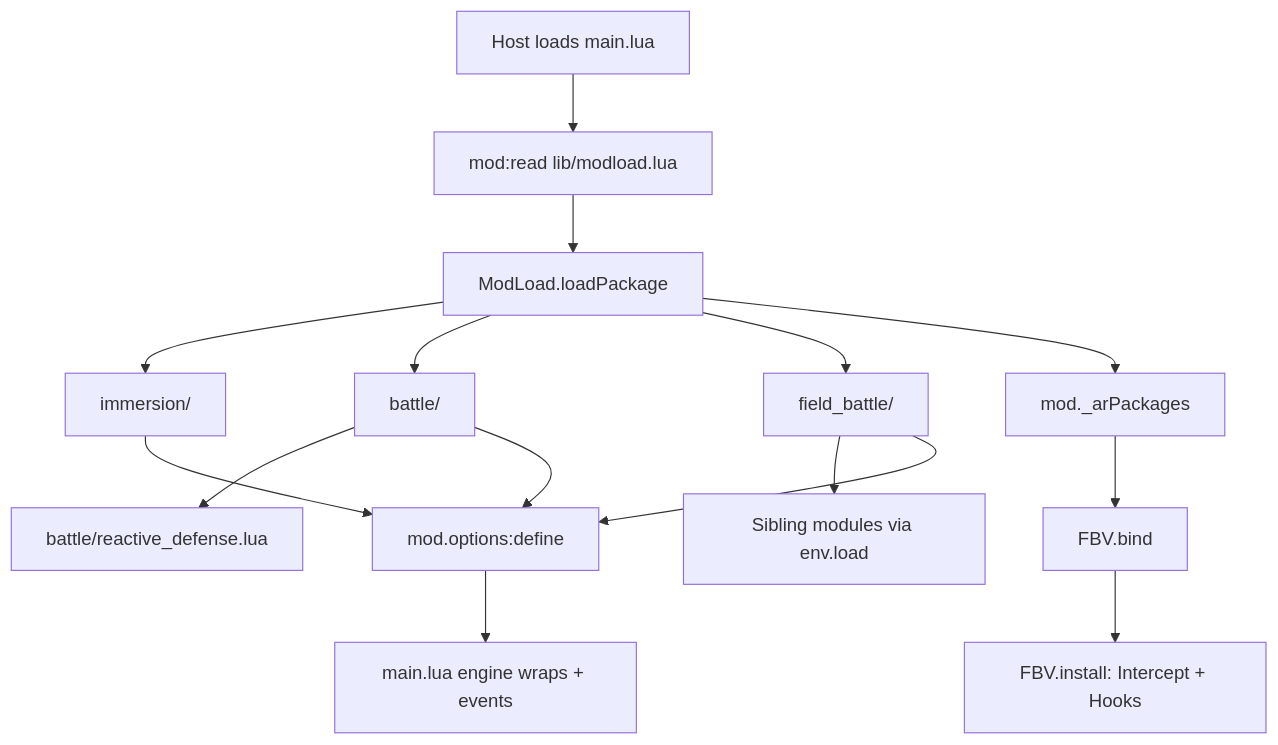
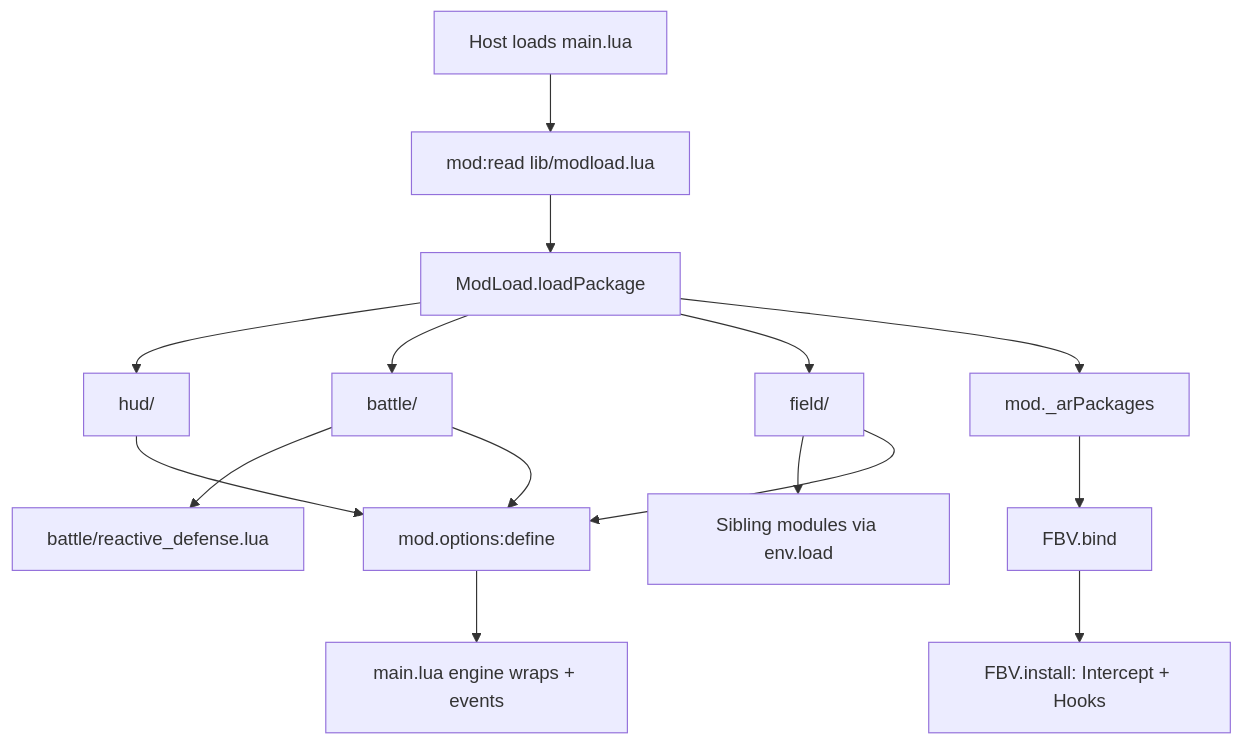
The first of 4 diagrams in ARCHITECTURE.md (businessmachines02/anime-realism), drawn with Mermaid before and after one commit. The commit also changed other lines of this file and 54 other files, not shown here.

````diff
--- a/ARCHITECTURE.md
+++ b/ARCHITECTURE.md
@@ -56,17 +56,17 @@
 ```mermaid
 flowchart TD
   host[Host loads main.lua] --> read[mod:read lib/modload.lua]
   read --> ml[ModLoad.loadPackage]
-  ml --> imm[immersion/]
+  ml --> hud[hud/]
   ml --> bat[battle/]
-  ml --> fbv[field_battle/]
+  ml --> fbv[field/]
   bat --> rd[battle/reactive_defense.lua]
   fbv --> sib[Sibling modules via env.load]
   ml --> pkgs[mod._arPackages]
   pkgs --> bind[FBV.bind]
   bind --> install[FBV.install: Intercept + Hooks]
-  imm --> opts[mod.options:define]
+  hud --> opts[mod.options:define]
   bat --> opts
   fbv --> opts
   opts --> hooks[main.lua engine wraps + events]
 ```
````
